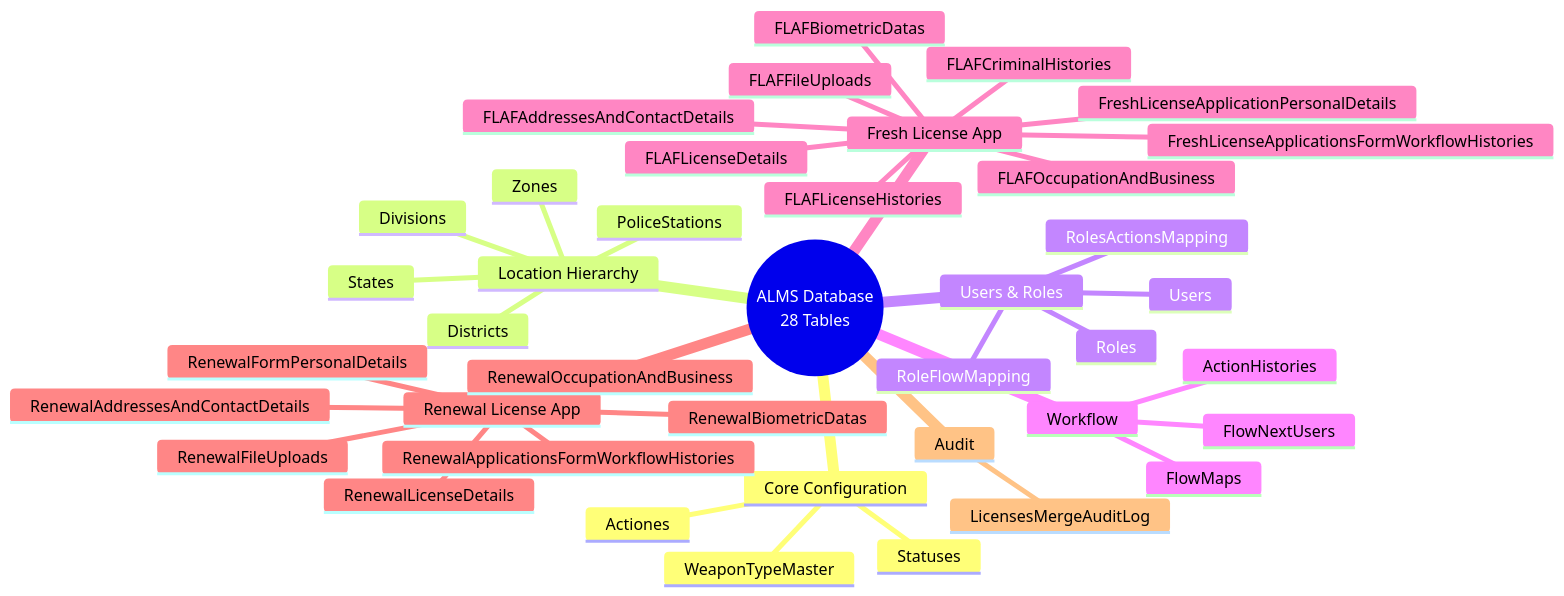
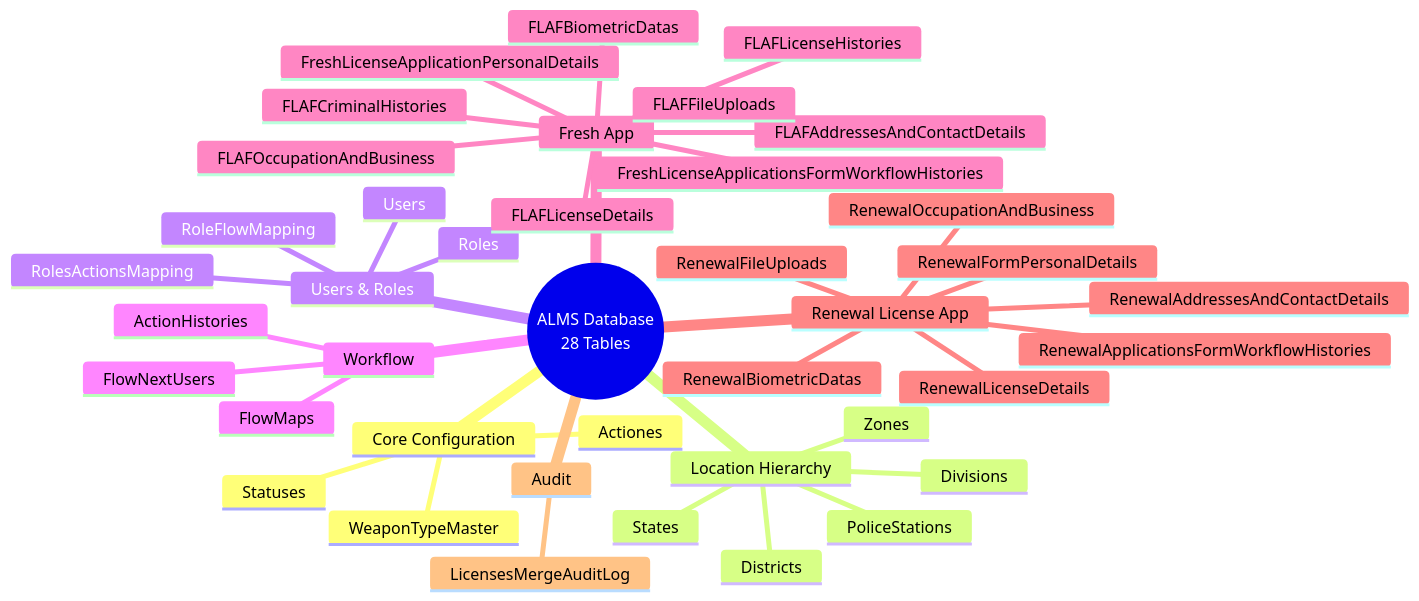
The first of 10 diagrams in docs/DATABASE_SCHEMA.md (sparquer24/alms), drawn with Mermaid before and after one commit. The commit also changed other lines of this file and 45 other files, not shown here.

Commit message:
feat: refactor license application mapping and improve renewal origin document flow

````diff
--- a/docs/DATABASE_SCHEMA.md
+++ b/docs/DATABASE_SCHEMA.md
@@ -26,43 +26,43 @@
 ```mermaid
 mindmap
   root((ALMS Database<br/>28 Tables))
     Core Configuration
       Statuses
       Actiones
       WeaponTypeMaster
     Location Hierarchy
       States
       Districts
       Zones
       Divisions
       PoliceStations
     Users & Roles
       Users
       Roles
       RolesActionsMapping
       RoleFlowMapping
     Workflow
       FlowMaps
       FlowNextUsers
       ActionHistories
-    Fresh License App
+    Fresh App
       FreshLicenseApplicationPersonalDetails
       FLAFAddressesAndContactDetails
       FLAFOccupationAndBusiness
       FLAFCriminalHistories
       FLAFLicenseHistories
       FLAFLicenseDetails
       FLAFFileUploads
       FLAFBiometricDatas
       FreshLicenseApplicationsFormWorkflowHistories
     Renewal License App
       RenewalFormPersonalDetails
       RenewalAddressesAndContactDetails
       RenewalOccupationAndBusiness
       RenewalLicenseDetails
       RenewalFileUploads
       RenewalBiometricDatas
       RenewalApplicationsFormWorkflowHistories
     Audit
       LicensesMergeAuditLog
 ```
````
